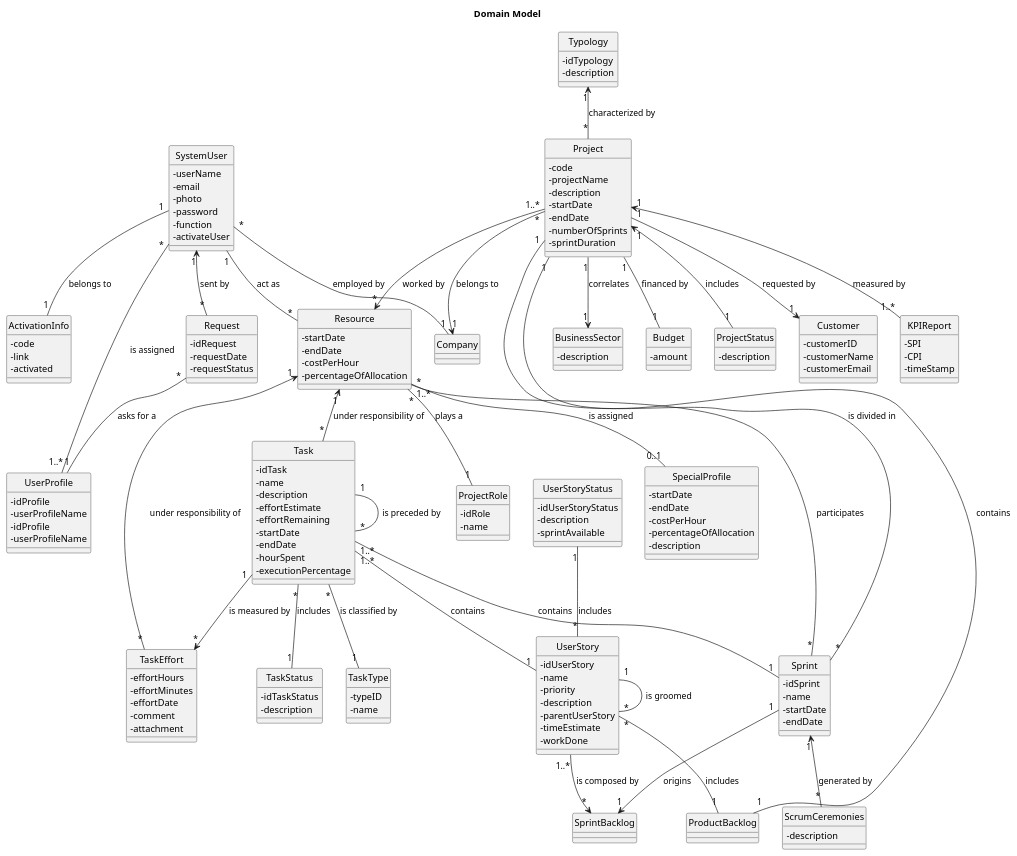
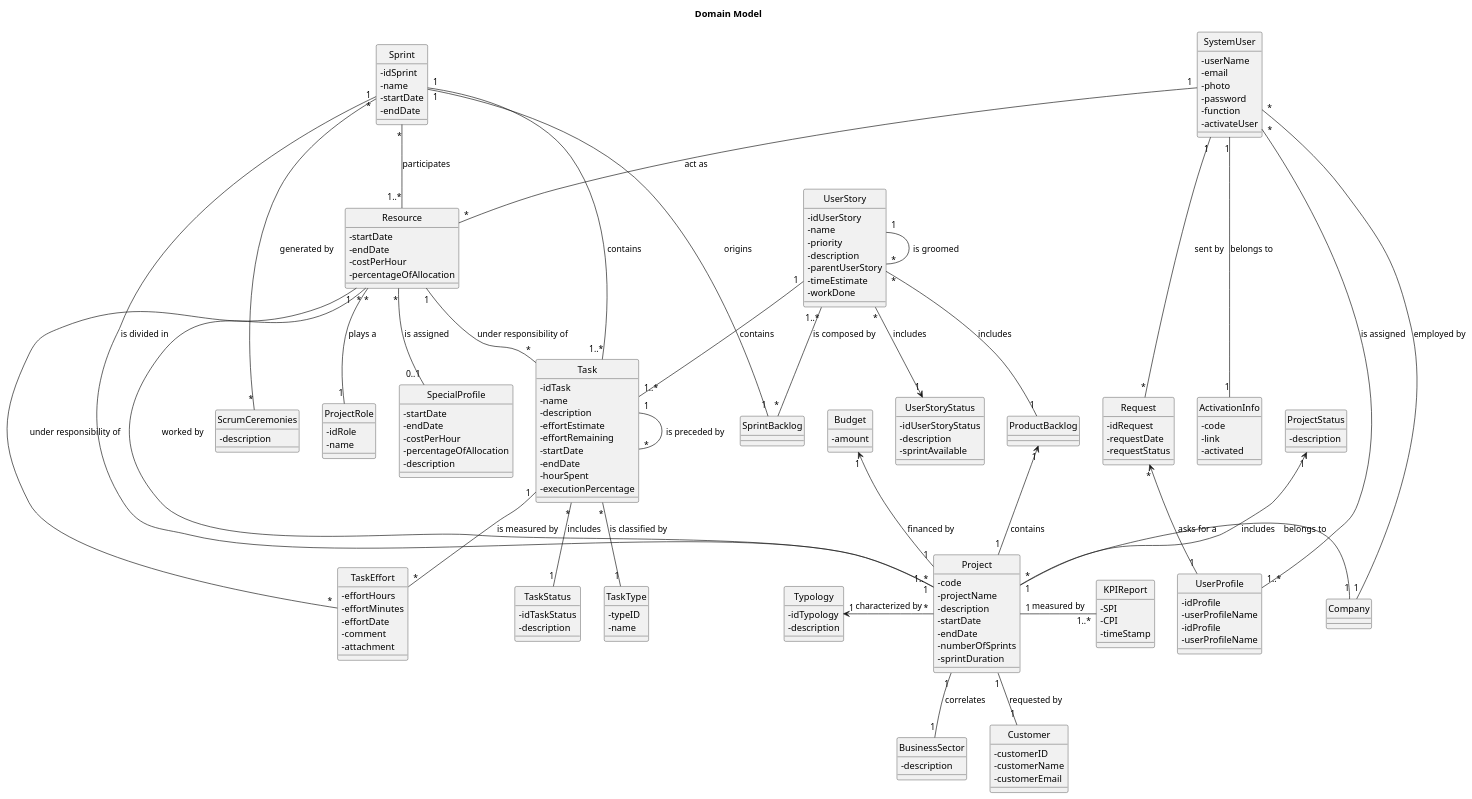
Before and after one commit to nunogon1211787/projectManagement: the diagram in docs/(Templates)/Domain Model.puml, drawn with PlantUML. The commit also changed 9 other files, not shown here.

```diff
--- a/docs/(Templates)/Domain Model.puml
+++ b/docs/(Templates)/Domain Model.puml
@@ -1,177 +1,177 @@
 @startuml
 'https://plantuml.com/class-diagram
 
 skinparam classAttributeIconSize 0
 hide circle
 
 title Domain Model
 
 together {
 class Project{
 - code
 - projectName
 - description
 - startDate
 - endDate
 - numberOfSprints
 - sprintDuration
 }
 class Typology{
 - idTypology
 - description
 }
 class ProductBacklog{
 }
 class SprintBacklog{
 }
 class Sprint{
 - idSprint
 - name
 - startDate
 - endDate
 }
 class ScrumCeremonies{
 - description
 }
 class TaskEffort{
 - effortHours
 - effortMinutes
 - effortDate
 - comment
 - attachment
 }
 class Task{
 - idTask
 - name
 - description
 - effortEstimate
 - effortRemaining
 - startDate
 - endDate
 - hourSpent
 - executionPercentage
 }
 class TaskStatus{
 - idTaskStatus
 - description
 }
 class TaskType{
 - typeID
 - name
 }
 class UserStoryStatus{
 - idUserStoryStatus
 - description
 - sprintAvailable
 }
 class UserStory{
 - idUserStory
 - name
 - priority
 - description
 - parentUserStory
 - timeEstimate
 - workDone
 }
 class BusinessSector{
 - description
 }
 class Budget{
 - amount
 }
 class ProjectStatus{
 - description
 }
 class Customer{
 - customerID
 - customerName
 - customerEmail
 }
 class KPIReport{
 - SPI
 - CPI
 - timeStamp
 }
 class Company{
 }
 class Resource{
 - startDate
 - endDate
 - costPerHour
 - percentageOfAllocation
 }
 class SpecialProfile{
 - startDate
 - endDate
 - costPerHour
 - percentageOfAllocation
 }
 class SpecialProfile{
 - description
 }
 class ProjectRole{
 - idRole
 - name
 }
 class UserProfile{
 - idProfile
 - userProfileName
 }
 class UserProfile{
 - idProfile
 - userProfileName
 }
 class Request{
 - idRequest
 - requestDate
 - requestStatus
 }
 class SystemUser{
 - userName
 - email
 - photo
 - password
 - function
 - activateUser
 }
 class ActivationInfo{
 - code
 - link
 - activated
 }
 
 
 SystemUser "1" -- "1" ActivationInfo: belongs to
-SystemUser "1" <-- "*" Request: sent by
+SystemUser "1" -- "*" Request: sent by
 SystemUser "1" -- "*" Resource: act as
-SystemUser "*" -- "1" Company: employed by
+Company "1" -left- "*" SystemUser: employed by
 UserProfile "1..*" -- "*" SystemUser: is assigned
-Request "*" -- "1" UserProfile: asks for a
-Resource "1" <-- "*" TaskEffort: under responsibility of
-Resource "1..*" -- "*" Sprint: participates
-Resource "1" <-- "*" Task: under responsibility of
+Request "*" <-- "1" UserProfile: asks for a
+Resource "1" -- "*" TaskEffort: under responsibility of
+Resource "1..*" -up- "*" Sprint: participates
+Resource "1" -down- "*" Task: under responsibility of
 Resource "*" -- "1" ProjectRole: plays a
 Resource "*" -- "0..1" SpecialProfile: is assigned
-Sprint "1" <-- "*" ScrumCeremonies: generated by
-Sprint "1" --> "1" SprintBacklog: origins
-Task "1..*" -- "1" Sprint: contains
+Sprint "1" -right- "*" ScrumCeremonies: generated by
+SprintBacklog "1" -up- "1" Sprint: origins
+Task "1..*" -up- "1" Sprint: contains
 Task "*" -- "1" TaskStatus: includes
 Task "*" -- "1" TaskType: is classified by
-Task "1" --> "*" TaskEffort: is measured by
-Task "1..*" -- "1" UserStory: contains
+Task "1" -- "*" TaskEffort: is measured by
+Task "1..*" -up- "1" UserStory: contains
 Task "1" -- "*" Task: is preceded by
-UserStoryStatus "1" -- "*" UserStory: includes
+UserStoryStatus "1" <-right- "*" UserStory: includes
 UserStory "1" -- "*" UserStory: is groomed
 UserStory "*" -- "1" ProductBacklog: includes
-UserStory "1..*" --> "*" SprintBacklog: is composed by
-ProductBacklog "1" -- "1" Project: contains
+UserStory "1..*" -right- "*" SprintBacklog: is composed by
+ProductBacklog "1" <-- "1" Project: contains
 Project "1" -- "*" Sprint: is divided in
-Project "1" -- "1" Budget: financed by
-Project "1" <--"1" ProjectStatus: includes
-Project "1" --> "1" Customer: requested by
-Project "1" <-- "1..*" KPIReport: measured by
-Project "*" --> "1" Company: belongs to
-Project "1..*" --> "*" Resource: worked by
-Project "1" --> "1" BusinessSector: correlates
-Typology "1" <-- "*" Project: characterized by
+Budget "1" <-- "1" Project: financed by
+Project "1" -up-> "1" ProjectStatus: includes
+Project "1" -- "1" Customer: requested by
+Project "1" -right- "1..*" KPIReport: measured by
+Project "*" -left- "1" Company: belongs to
+Project "1..*" -up- "*" Resource: worked by
+Project "1" -- "1" BusinessSector: correlates
+Typology "1" <-right- "*" Project: characterized by
 @enduml
```
